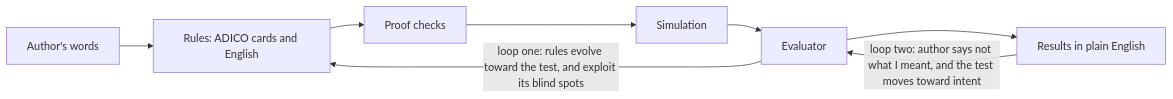
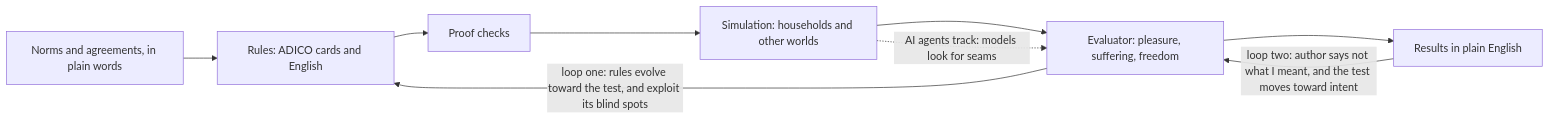
The diagram in README.md (reeswrites/collective-pleasure), drawn with Mermaid before and after one commit. The commit also changed other lines of this file and 3 other files, not shown here.

First line of the commit message:
README: rename to collective-pleasure, reframe social-organization first with AI agents as one track

````diff
--- a/README.md
+++ b/README.md
@@ -36,10 +40,11 @@
 ```mermaid
 flowchart LR
-    A[Author's words] --> R[Rules: ADICO cards and English]
+    A[Norms and agreements, in plain words] --> R[Rules: ADICO cards and English]
     R --> P[Proof checks]
-    P --> S[Simulation]
-    S --> E[Evaluator]
+    P --> S[Simulation: households and other worlds]
+    S --> E[Evaluator: pleasure, suffering, freedom]
     E --> O[Results in plain English]
+    S -.->|AI agents track: models look for seams| E
     E -->|loop one: rules evolve toward the test, and exploit its blind spots| R
     O -->|loop two: author says not what I meant, and the test moves toward intent| E
 ```
````
